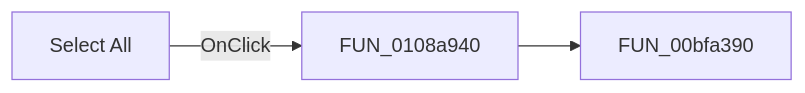
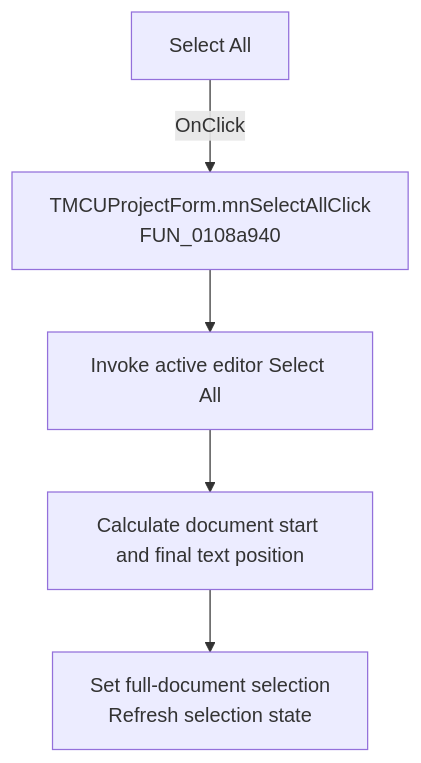
Before and after one commit to MovGP0/TIARA: the diagram in docs/ui-controls/mcuprojectform/mnselectall-31352f827a.md, drawn with Mermaid. The commit also changed other lines of this file and 1062 other files, not shown here.

````diff
--- a/docs/ui-controls/mcuprojectform/mnselectall-31352f827a.md
+++ b/docs/ui-controls/mcuprojectform/mnselectall-31352f827a.md
@@ -27,5 +27,7 @@
 ```mermaid
-flowchart LR
-    control["Select All"] -->|OnClick| handler["FUN_0108a940"]
-    handler --> call1["FUN_00bfa390"]
+flowchart TD
+    control["Select All"] -->|OnClick| handler["TMCUProjectForm.mnSelectAllClick<br/>FUN_0108a940"]
+    handler --> editor["Invoke active editor Select All"]
+    editor --> bounds["Calculate document start and final text position"]
+    bounds --> select["Set full-document selection<br/>Refresh selection state"]
 ```
````
